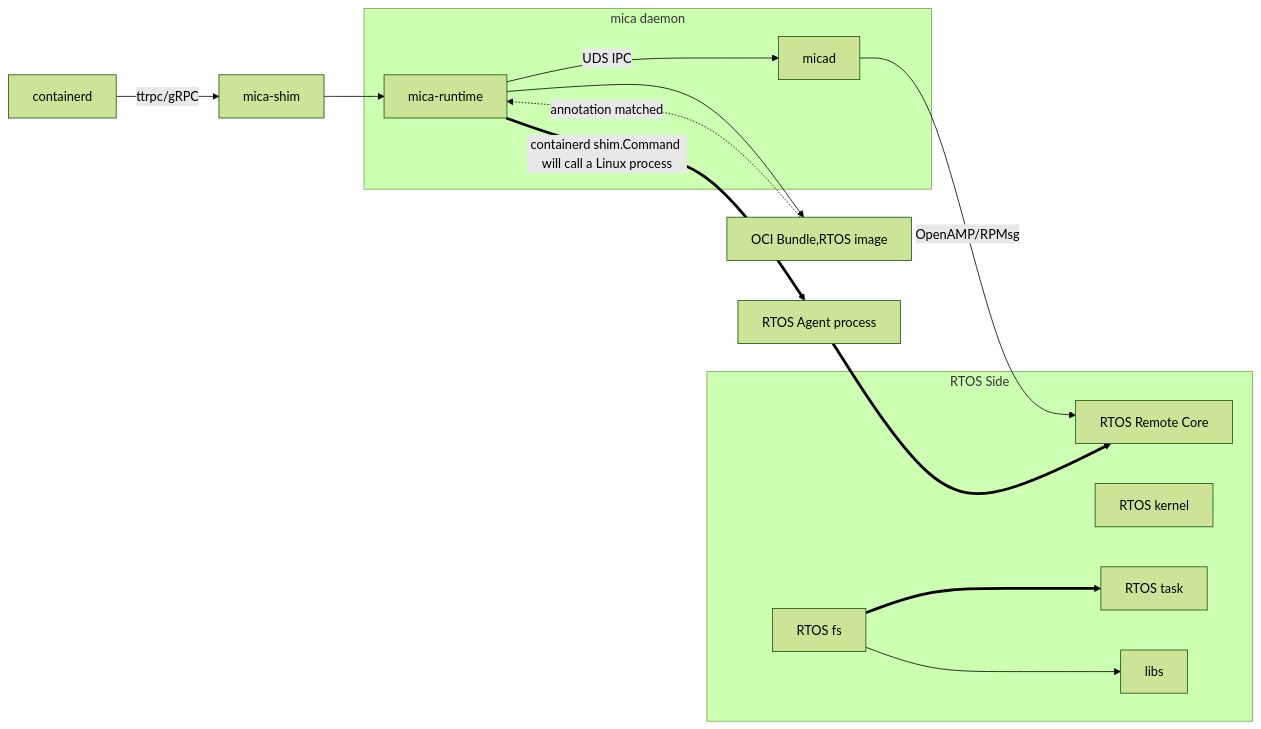
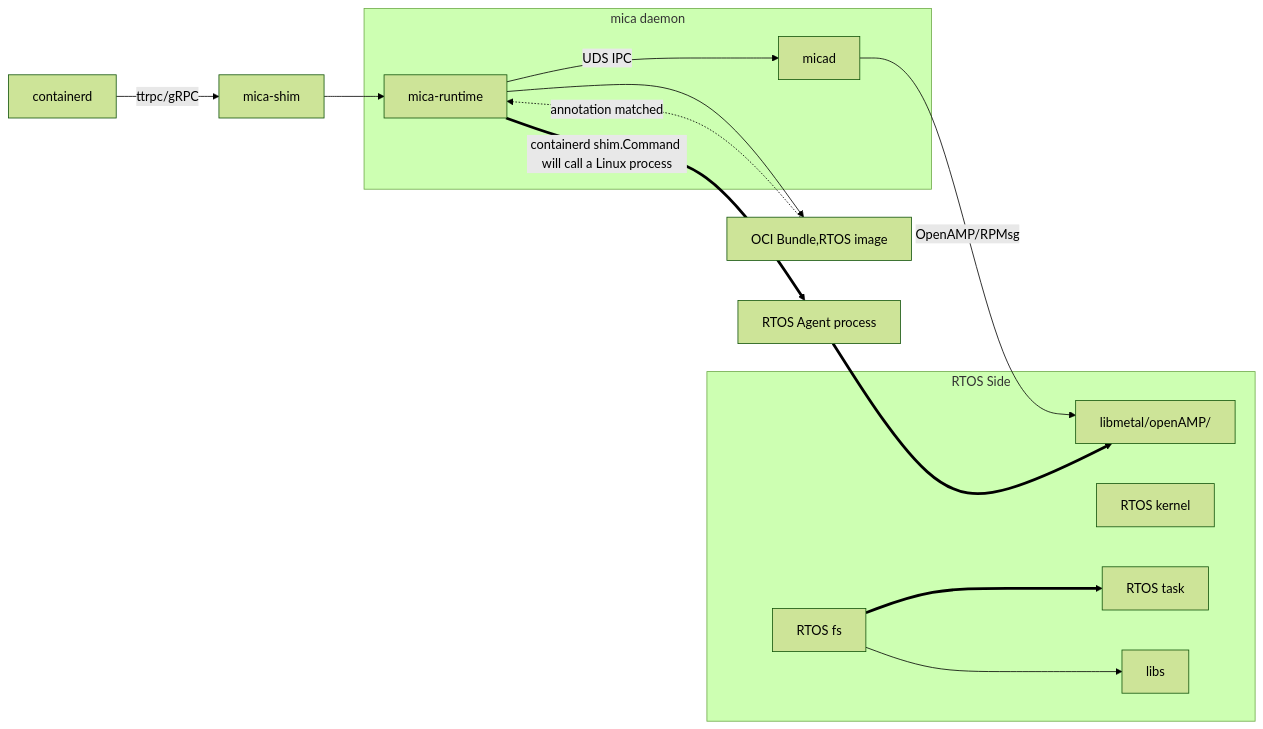
Before and after one commit to Egg12138/iodraw-files: the diagram in all/未命名.md, drawn with Mermaid (forest theme).

Commit message:
2025-06-21 17:13:37 update

````diff
--- a/all/未命名.md
+++ b/all/未命名.md
@@ -1,24 +1,24 @@
 ```mermaid
 
 graph LR
     CD[containerd] -->|ttrpc/gRPC| S
     S[mica-shim] --> MR
     MR[mica-runtime] -->|UDS IPC| A[micad]
     MR -->C[OCI Bundle,RTOS image]
     MR ==>|containerd shim.Command will call a Linux process|AG[RTOS Agent process]
     A -->|OpenAMP/RPMsg| B[RTOS Remote Core]
     C -.->|annotation matched| MR
     AG ==>B
     subgraph RTOS Side
-        B
+        B[libmetal/openAMP/]
         K[RTOS kernel]
         D[RTOS fs] ==> E
         D --> L[libs]
         E[RTOS task]
     end
     subgraph mica daemon
         A
         MR
     end
 
 ```
````
